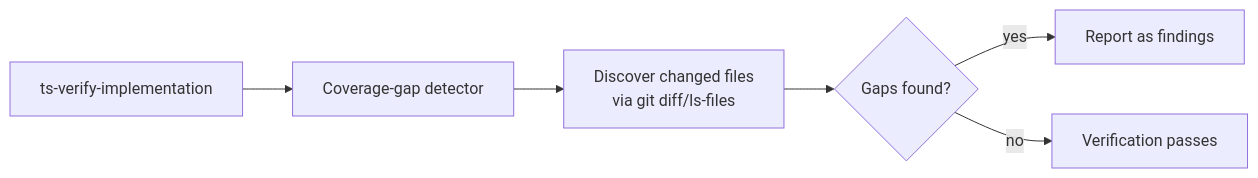
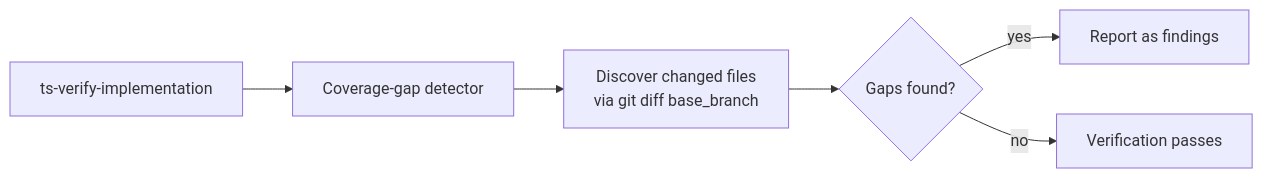
One commit to Taegost/taegosts-skills changed the third of 3 diagrams in docs/plans/2026-07-05-001-feat-test-coverage-token-efficiency-plan.md. Above: the diagram before and after it, drawn with Mermaid. The commit also changed other lines of this file, not shown here.

````diff
--- a/docs/plans/2026-07-05-001-feat-test-coverage-token-efficiency-plan.md
+++ b/docs/plans/2026-07-05-001-feat-test-coverage-token-efficiency-plan.md
@@ -98,8 +98,8 @@
 ```mermaid
 flowchart LR
     IV[ts-verify-implementation] --> CG[Coverage-gap detector]
-    CG --> GD[Discover changed files<br>via git diff/ls-files]
+    CG --> GD[Discover changed files<br>via git diff base_branch]
     GD --> Gaps{Gaps found?}
     Gaps -->|yes| Report[Report as findings]
     Gaps -->|no| Pass[Verification passes]
 ```
````
